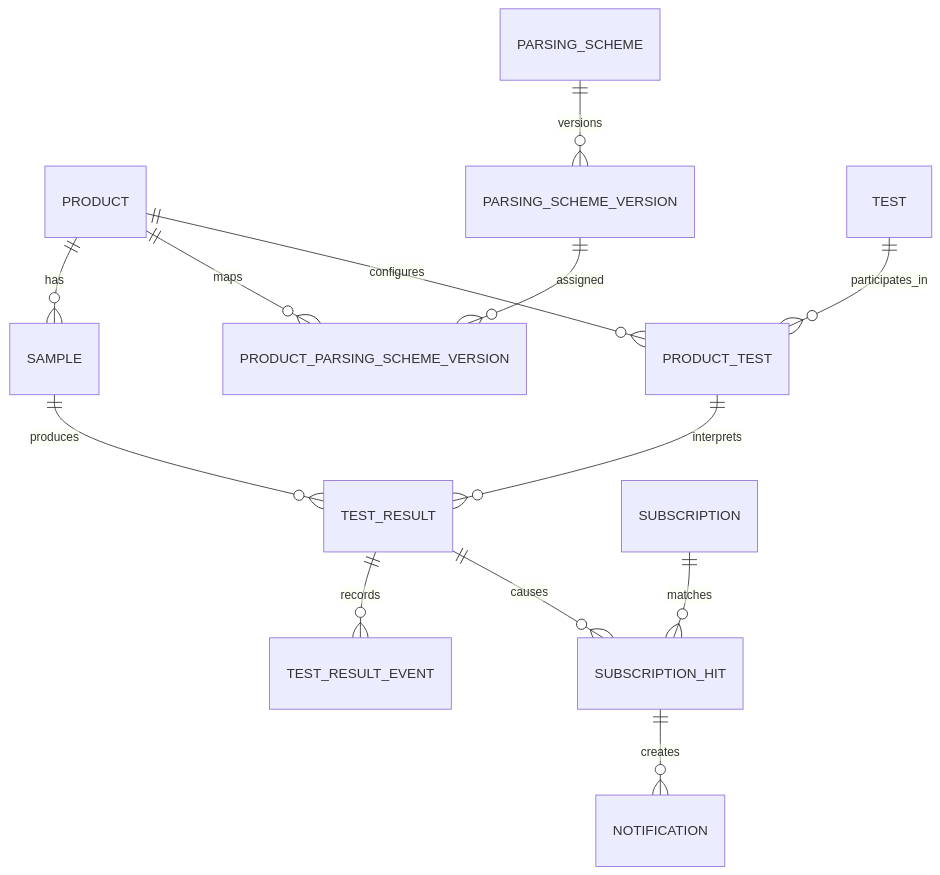
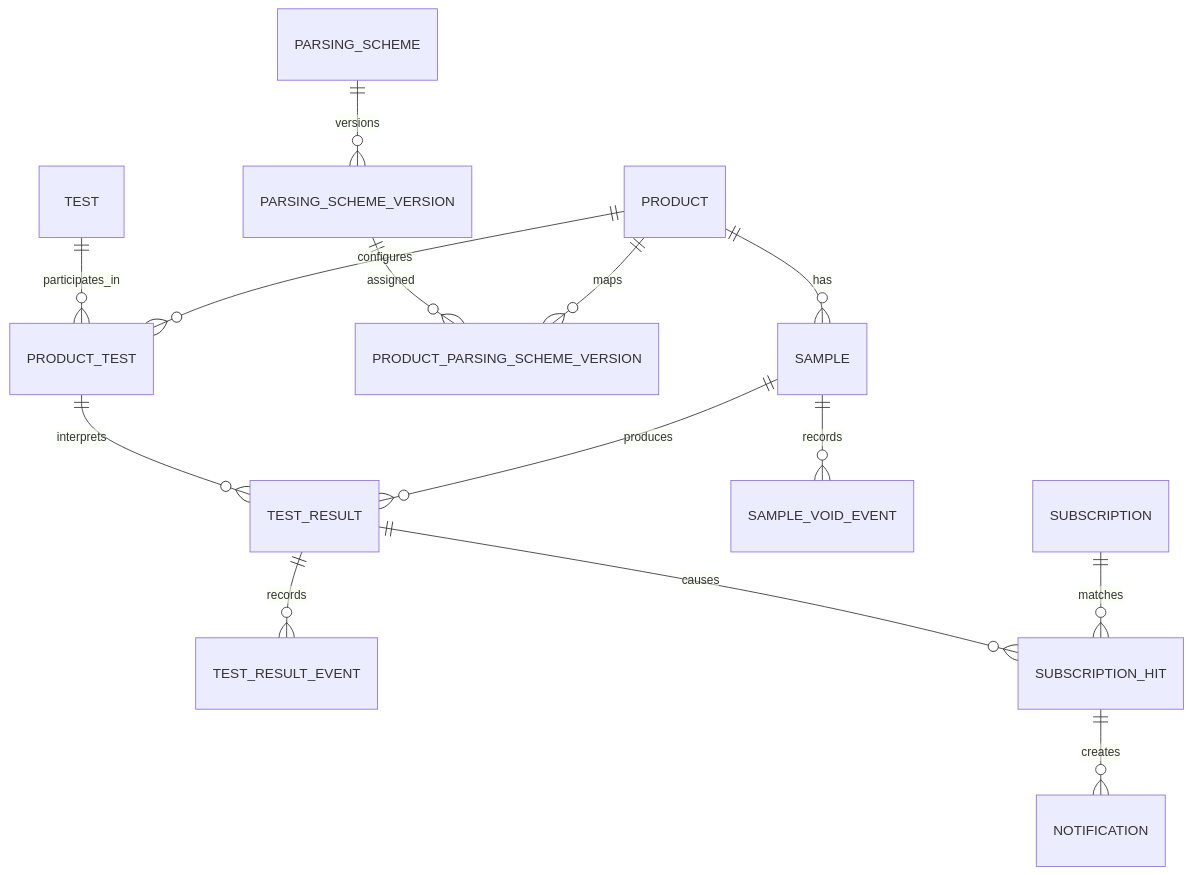
The diagram in docs/reference/domain-model.md (qmessentials/qmessentials), drawn with Mermaid before and after one commit. The commit also changed other lines of this file and 8 other files, not shown here.

````diff
--- a/docs/reference/domain-model.md
+++ b/docs/reference/domain-model.md
@@ -3,15 +3,16 @@
 ```mermaid
 erDiagram
     PRODUCT ||--o{ SAMPLE : has
     PRODUCT ||--o{ PRODUCT_PARSING_SCHEME_VERSION : maps
     PARSING_SCHEME ||--o{ PARSING_SCHEME_VERSION : versions
     PARSING_SCHEME_VERSION ||--o{ PRODUCT_PARSING_SCHEME_VERSION : assigned
     PRODUCT ||--o{ PRODUCT_TEST : configures
     TEST ||--o{ PRODUCT_TEST : participates_in
     SAMPLE ||--o{ TEST_RESULT : produces
+    SAMPLE ||--o{ SAMPLE_VOID_EVENT : records
     PRODUCT_TEST ||--o{ TEST_RESULT : interprets
     TEST_RESULT ||--o{ TEST_RESULT_EVENT : records
     SUBSCRIPTION ||--o{ SUBSCRIPTION_HIT : matches
     TEST_RESULT ||--o{ SUBSCRIPTION_HIT : causes
     SUBSCRIPTION_HIT ||--o{ NOTIFICATION : creates
 ```
````
